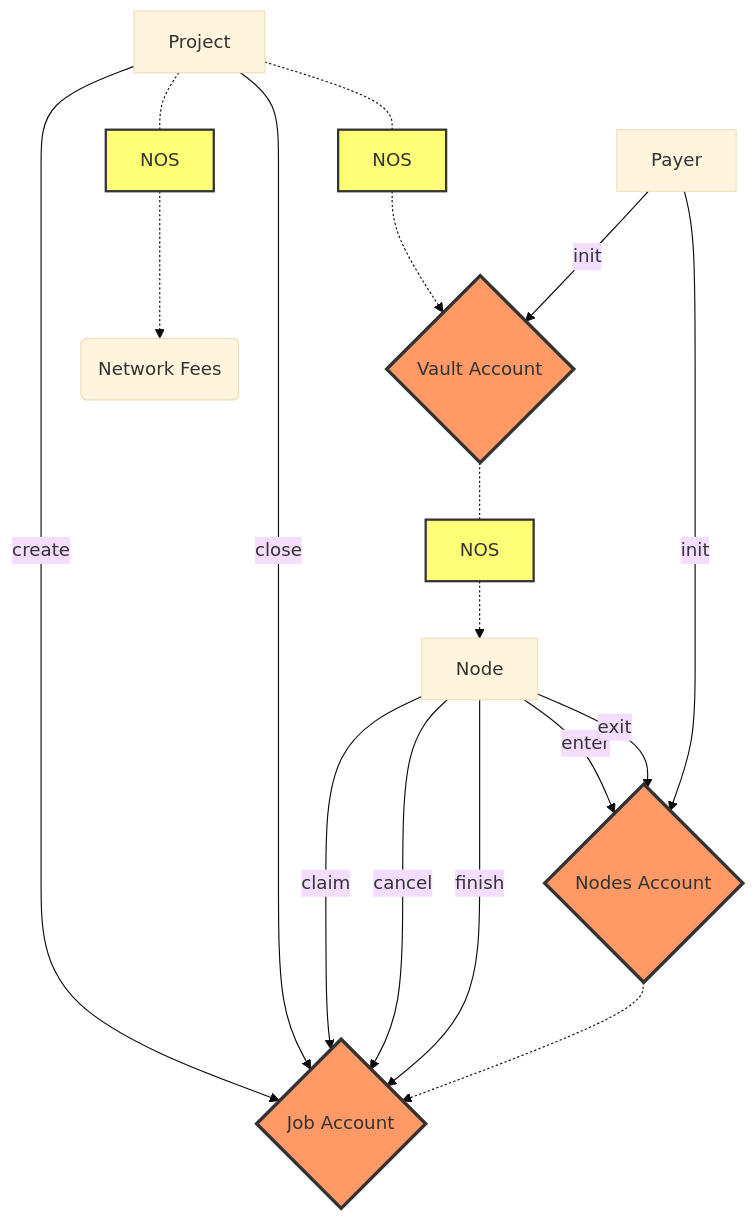
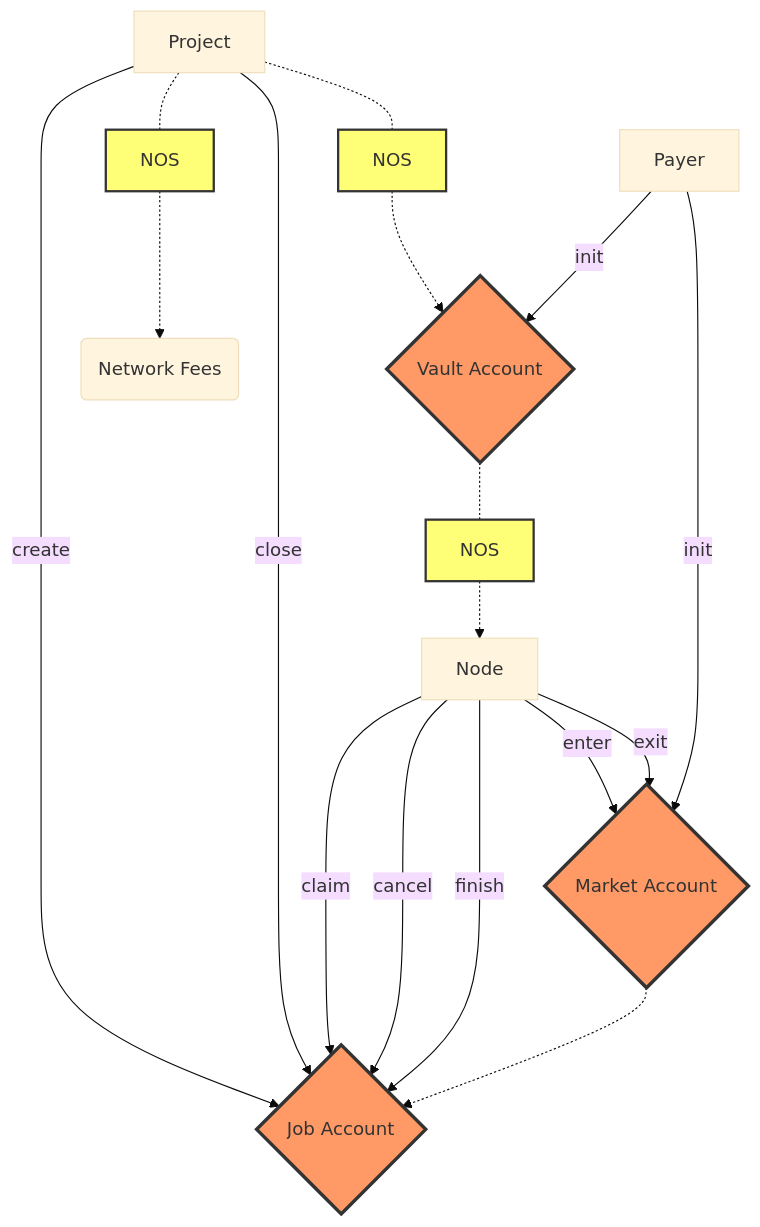
The diagram in docs/programs/jobs.md (nosana-ci/docs.nosana.io), drawn with Mermaid (base theme) before and after one commit. The commit also changed other lines of this file, not shown here.

````diff
--- a/docs/programs/jobs.md
+++ b/docs/programs/jobs.md
@@ -19,24 +19,24 @@
 ```mermaid
 flowchart TB
     Project -- create --> di2{Job Account}
     Project -- close --> di2{Job Account}
 
-    Node -- enter --> di1{Nodes Account}
-    Node -- exit --> di1{Nodes Account}
+    Node -- enter --> di1{Market Account}
+    Node -- exit --> di1{Market Account}
     Node -- claim --> di2{Job Account}
     Node -- cancel --> di2{Job Account}
     Node -- finish --> di2{Job Account}
-    di1{Nodes Account} -.-> di2{Job Account}
+    di1{Market Account} -.-> di2{Job Account}
 
     Project -.- sq1[NOS] -.-> di3{Vault Account} -.- sq2[NOS] -.-> Node
     Project -.- sq3[NOS] -.-> ci(Network Fees)
 
-    Payer -- init --> di1{Nodes Account}
+    Payer -- init --> di1{Market Account}
     Payer -- init --> di3{Vault Account}
 
     classDef orange fill:#f96,stroke:#333,stroke-width:3px;
     classDef yellow fill:#ff7,stroke:#333,stroke-width:2px;
 
     class di1,di2,di3 orange
     class sq1,sq2,sq3 yellow
 ```
````
